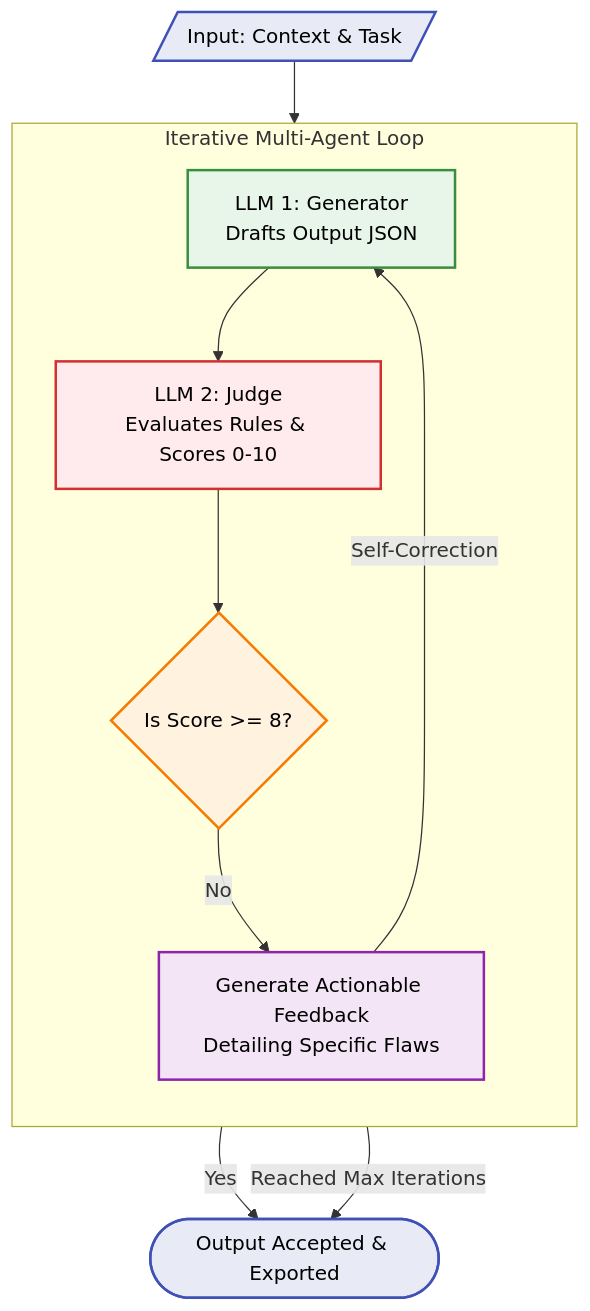
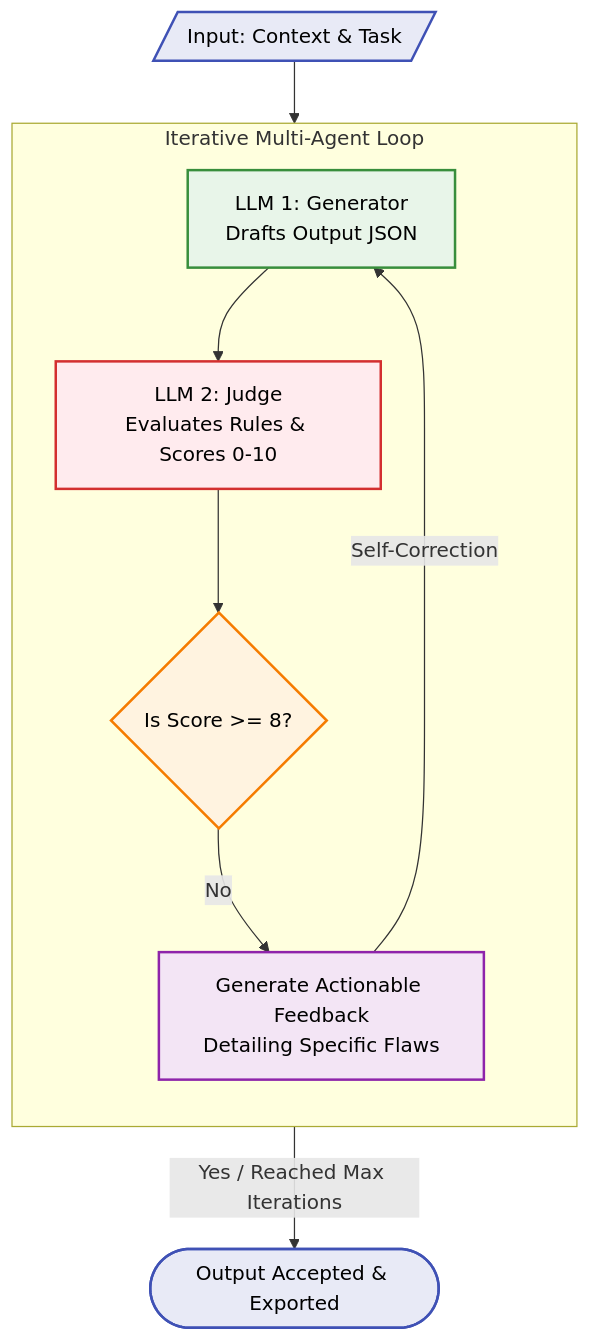
One commit to 098ff/acci-RAG-indiv changed the second of 2 diagrams in README.md. Above: the diagram before and after it, drawn with Mermaid.

Commit message:
combine exit conditions in agent logic flowchart

````diff
--- a/README.md
+++ b/README.md
@@ -79,23 +79,22 @@
 ```mermaid
 flowchart TD
     classDef gen fill:#e8f5e9,stroke:#388e3c,stroke-width:2px,color:#000;
     classDef judge fill:#ffebee,stroke:#d32f2f,stroke-width:2px,color:#000;
     classDef logic fill:#fff3e0,stroke:#f57c00,stroke-width:2px,color:#000;
     classDef feedback fill:#f3e5f5,stroke:#8e24aa,stroke-width:2px,color:#000;
     classDef success fill:#e8eaf6,stroke:#3f51b5,stroke-width:2px,color:#000;
 
     Input[/Input: Context & Task/]:::success --> G
 
     subgraph Iterative Multi-Agent Loop
         direction TB
         G[LLM 1: Generator<br>Drafts Output JSON]:::gen --> J[LLM 2: Judge<br>Evaluates Rules & Scores 0-10]:::judge
         
         J --> D{Is Score >= 8?}:::logic
         
         D -- No --> F[Generate Actionable Feedback<br>Detailing Specific Flaws]:::feedback
         F -- Self-Correction --> G
     end
 
-    D -- Yes --> S([Output Accepted & Exported]):::success
-    D -- Reached Max Iterations --> S
+    D -- Yes / Reached Max Iterations --> S([Output Accepted & Exported]):::success
 ```
````
